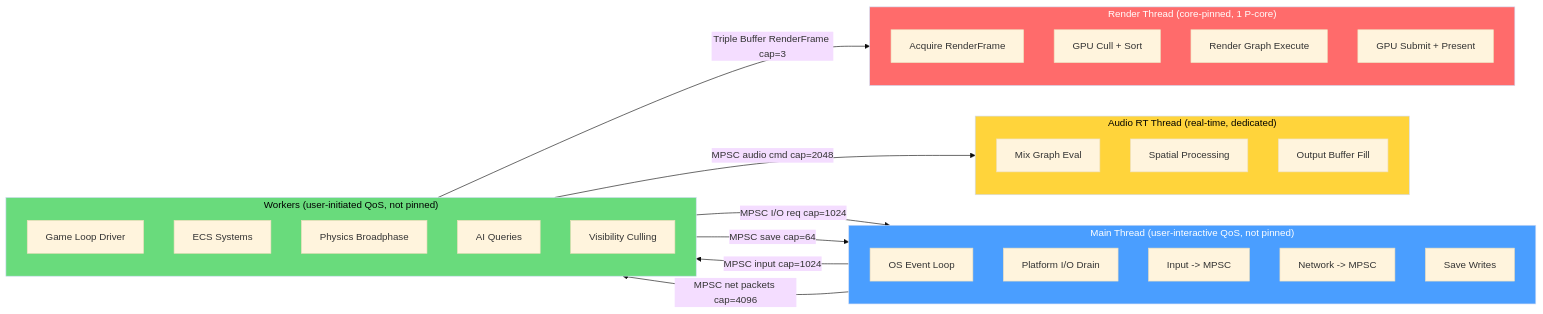
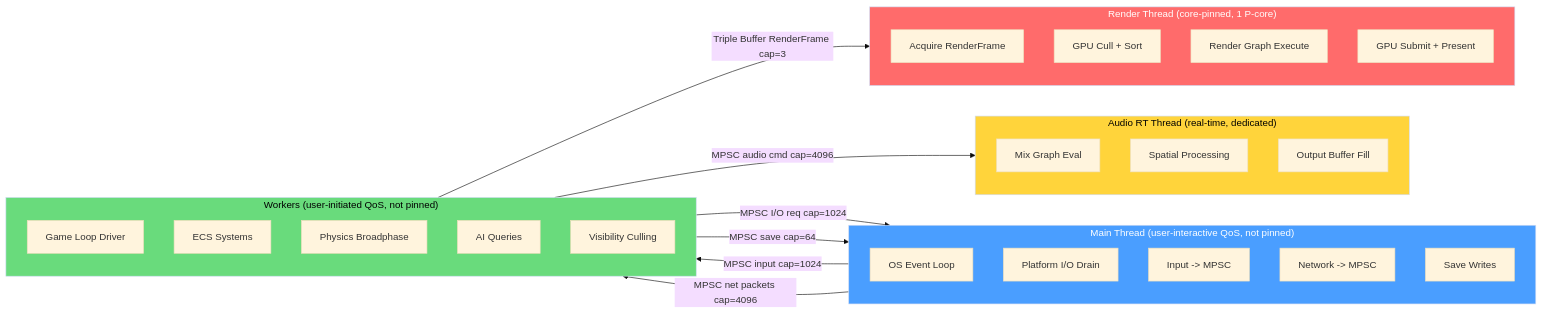
Before and after one commit to harmonius-dev/harmonius: the second of 5 diagrams in docs/design/integration/high-level.md, drawn with Mermaid (base theme). The commit also changed other lines of this file and 6 other files, not shown here.

````diff
--- a/docs/design/integration/high-level.md
+++ b/docs/design/integration/high-level.md
@@ -264,43 +264,43 @@
 ```mermaid
 flowchart LR
     subgraph MT["Main Thread (user-interactive QoS, not pinned)"]
         MT1[OS Event Loop]
         MT2[Platform I/O Drain]
         MT3[Input -> MPSC]
         MT4[Network -> MPSC]
         MT5[Save Writes]
     end
 
     subgraph WK["Workers (user-initiated QoS, not pinned)"]
         WK1[Game Loop Driver]
         WK2[ECS Systems]
         WK3[Physics Broadphase]
         WK4[AI Queries]
         WK5[Visibility Culling]
     end
 
     subgraph RT["Render Thread (core-pinned, 1 P-core)"]
         RT1[Acquire RenderFrame]
         RT2[GPU Cull + Sort]
         RT3[Render Graph Execute]
         RT4[GPU Submit + Present]
     end
 
     subgraph AT["Audio RT Thread (real-time, dedicated)"]
         AT1[Mix Graph Eval]
         AT2[Spatial Processing]
         AT3[Output Buffer Fill]
     end
 
     MT -->|"MPSC input cap=1024"| WK
     MT -->|"MPSC net packets cap=4096"| WK
     WK -->|"Triple Buffer RenderFrame cap=3"| RT
-    WK -->|"MPSC audio cmd cap=2048"| AT
+    WK -->|"MPSC audio cmd cap=4096"| AT
     WK -->|"MPSC I/O req cap=1024"| MT
     WK -->|"MPSC save cap=64"| MT
 
     style MT fill:#4a9eff,color:#fff
     style WK fill:#69db7c,color:#000
     style RT fill:#ff6b6b,color:#fff
     style AT fill:#ffd43b,color:#000
 ```
````
